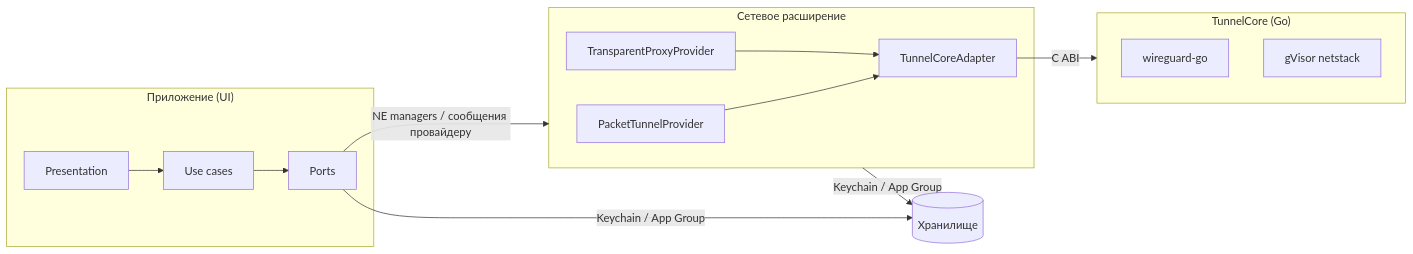
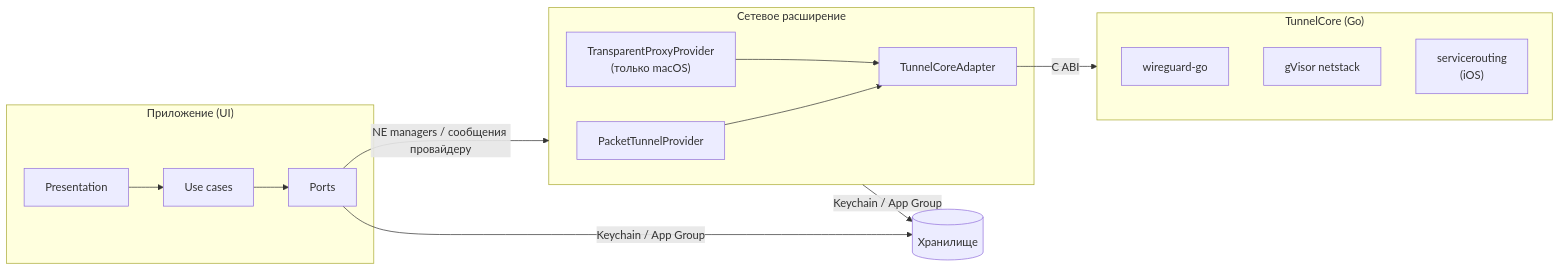
One commit to facelessdiplomat/splitway changed the diagram in docs/02-architecture.md. Above: the diagram before and after it, drawn with Mermaid. The commit also changed other lines of this file and 9 other files, not shown here.

First line of the commit message:
docs: describe the iOS build in the architecture and security documents

````diff
--- a/docs/02-architecture.md
+++ b/docs/02-architecture.md
@@ -23,22 +23,23 @@
 ```mermaid
 flowchart LR
   subgraph App["Приложение (UI)"]
     UI[Presentation] --> UC[Use cases]
     UC --> Ports
   end
   subgraph Ext["Сетевое расширение"]
     PT[PacketTunnelProvider]
-    TP[TransparentProxyProvider]
+    TP["TransparentProxyProvider<br/>(только macOS)"]
     Engine[TunnelCoreAdapter]
     PT --> Engine
     TP --> Engine
   end
   subgraph Go["TunnelCore (Go)"]
     WG[wireguard-go]
     NS[gVisor netstack]
+    SR["servicerouting<br/>(iOS)"]
   end
   Ports -- "NE managers / сообщения провайдеру" --> Ext
   Ports -- "Keychain / App Group" --> Store[(Хранилище)]
   Ext -- "Keychain / App Group" --> Store
   Engine -- C ABI --> Go
 ```
````
